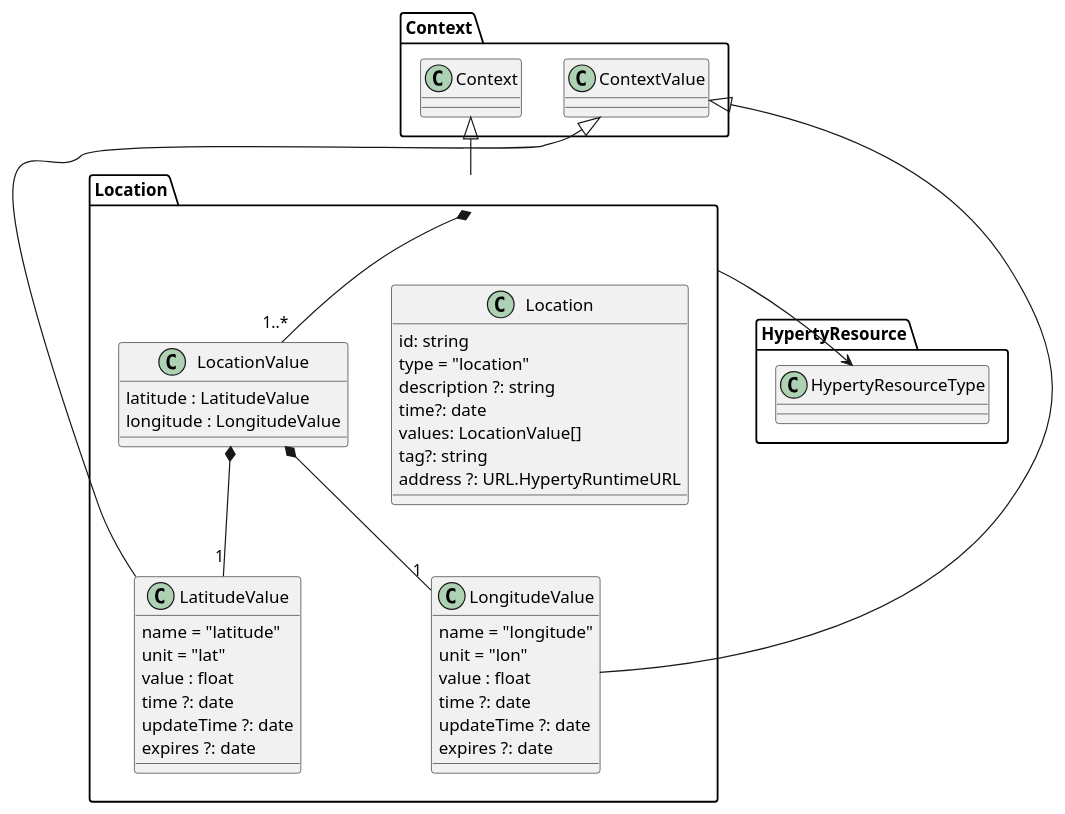
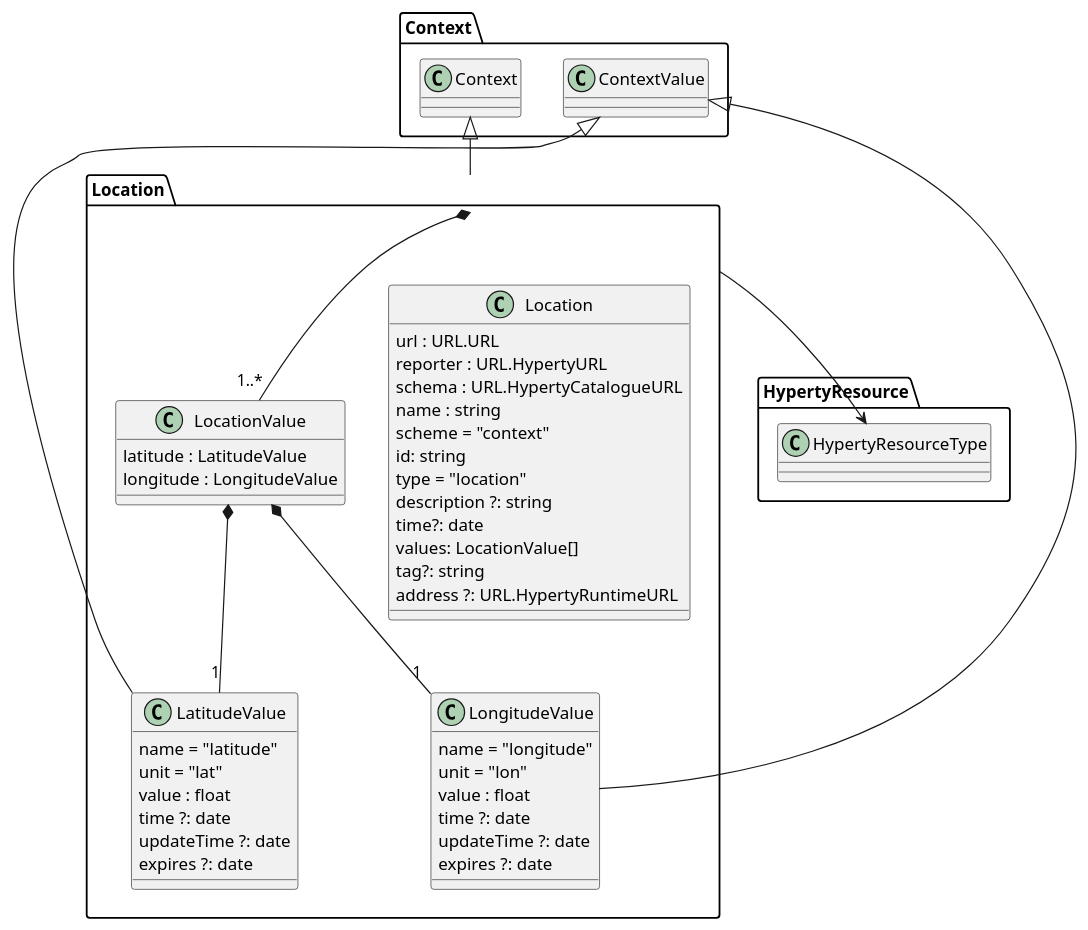
One commit to reTHINK-project/dev-hyperty changed the diagram in src/location/location.puml. Above: the diagram before and after it, drawn with PlantUML. The commit also changed 3 other files, not shown here.

```diff
--- a/src/location/location.puml
+++ b/src/location/location.puml
@@ -1,51 +1,56 @@
 @startuml "location.png"
 
 Package Location {
 
 class Location {
+  url : URL.URL
+  reporter : URL.HypertyURL
+  schema : URL.HypertyCatalogueURL
+  name : string
+  scheme = "context"
   id: string
   type = "location"
   description ?: string
   time?: date
   values: LocationValue[]
   tag?: string
   address ?: URL.HypertyRuntimeURL
 }
 
 class LocationValue {
  latitude : LatitudeValue
  longitude : LongitudeValue
  }
 
 class LatitudeValue {
   name = "latitude"
   unit = "lat"
   value : float
   time ?: date
   updateTime ?: date
   expires ?: date
 }
 
 class LongitudeValue {
   name = "longitude"
   unit = "lon"
   value : float
   time ?: date
   updateTime ?: date
   expires ?: date
 }
 
 
 }
 
 Location *-- "1..*" LocationValue
 LocationValue *-- "1" LongitudeValue
 LocationValue *-- "1" LatitudeValue
 
 Location -up-|> Context.Context
 LatitudeValue -up-|> Context.ContextValue
 LongitudeValue -up-|> Context.ContextValue
 Location --> HypertyResource.HypertyResourceType
 
 
 @enduml
```
